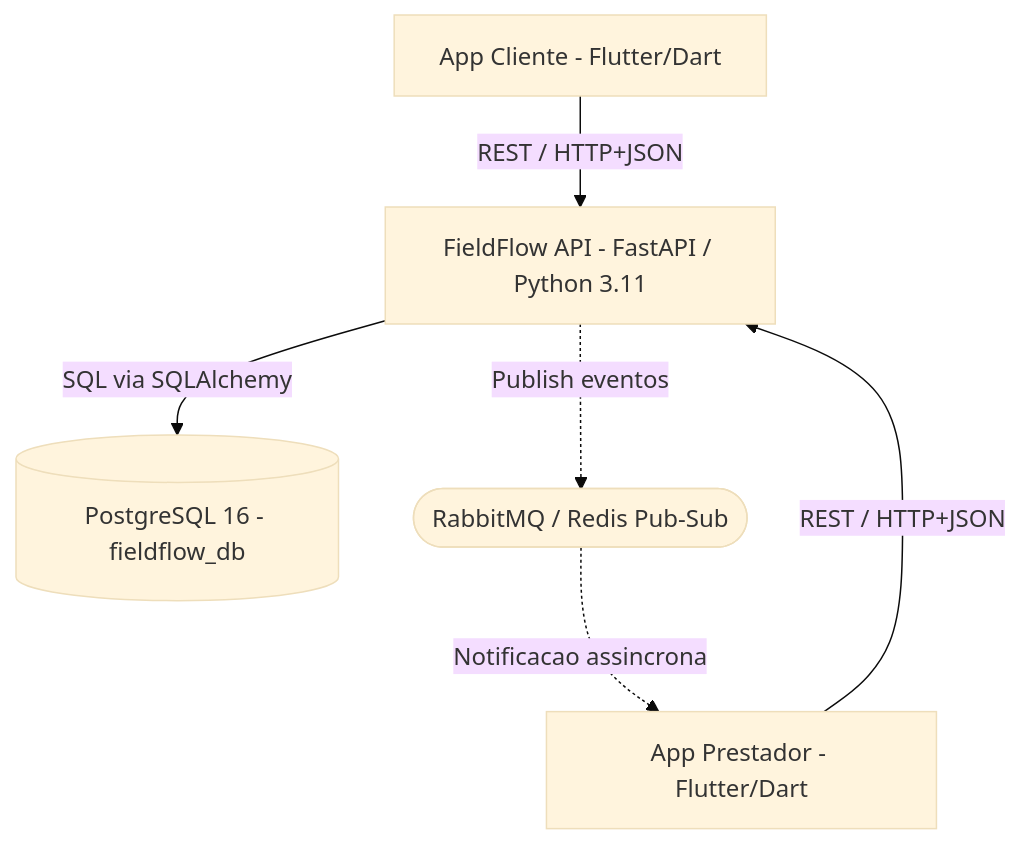
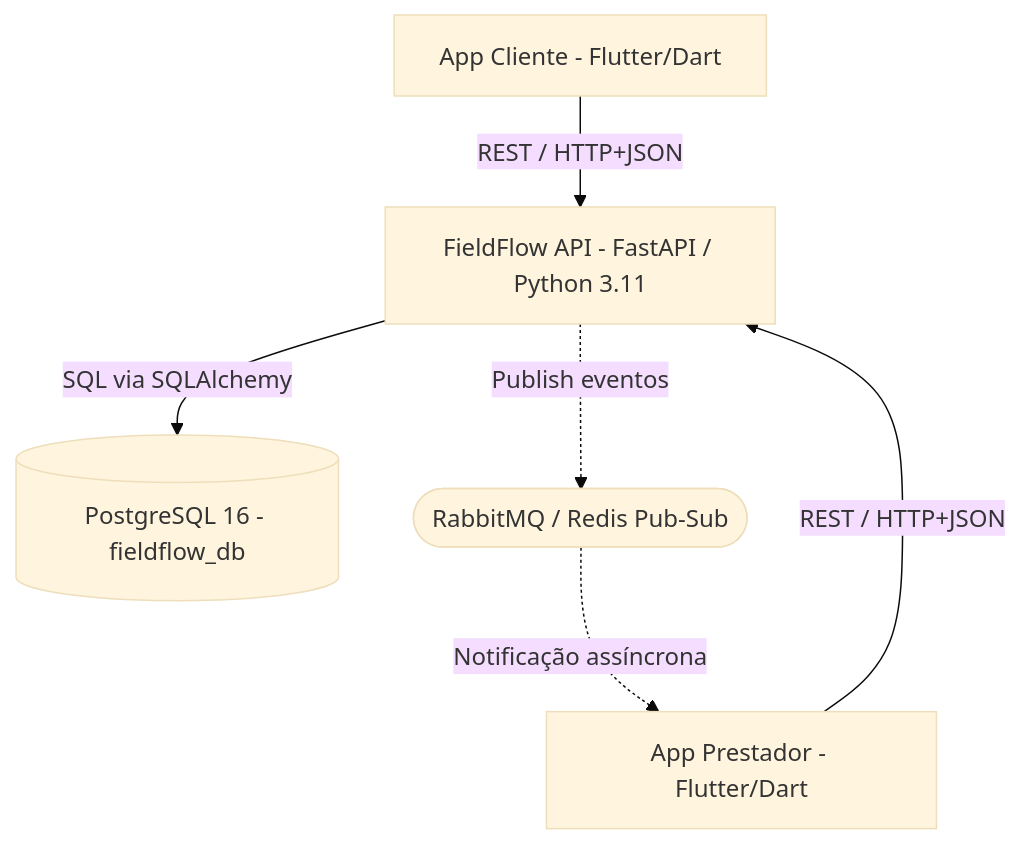
The first of 2 diagrams in Documentos/diagrama-arquitetura.md (RafaelMouraG/FieldFLow), drawn with Mermaid (base theme) before and after one commit. The commit also changed other lines of this file and 13 other files, not shown here.

````diff
--- a/Documentos/diagrama-arquitetura.md
+++ b/Documentos/diagrama-arquitetura.md
@@ -5,14 +5,14 @@
 ```mermaid
 flowchart TD
     CA["App Cliente - Flutter/Dart"]
     PA["App Prestador - Flutter/Dart"]
     API["FieldFlow API - FastAPI / Python 3.11"]
     DB[("PostgreSQL 16 - fieldflow_db")]
     MOM(["RabbitMQ / Redis Pub-Sub"])
 
     CA -- "REST / HTTP+JSON" --> API
     PA -- "REST / HTTP+JSON" --> API
     API -- "SQL via SQLAlchemy" --> DB
     API -. "Publish eventos" .-> MOM
-    MOM -. "Notificacao assincrona" .-> PA
+    MOM -. "Notificação assíncrona" .-> PA
 ```
````
